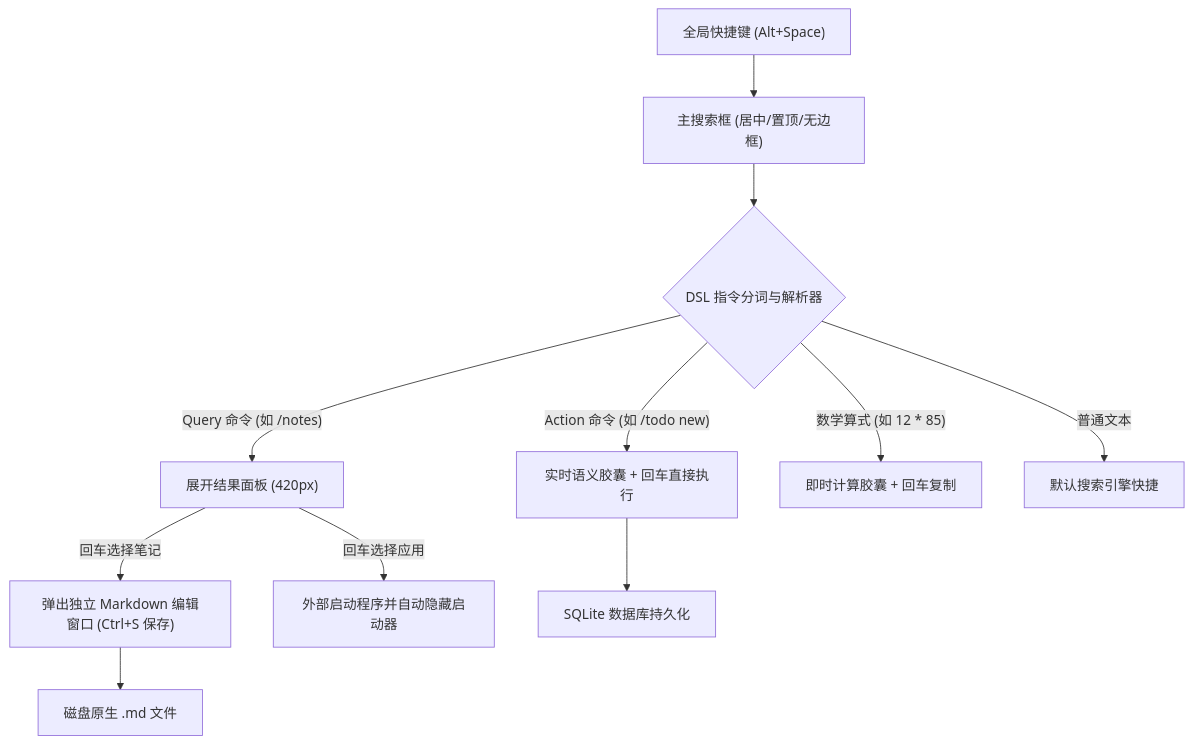
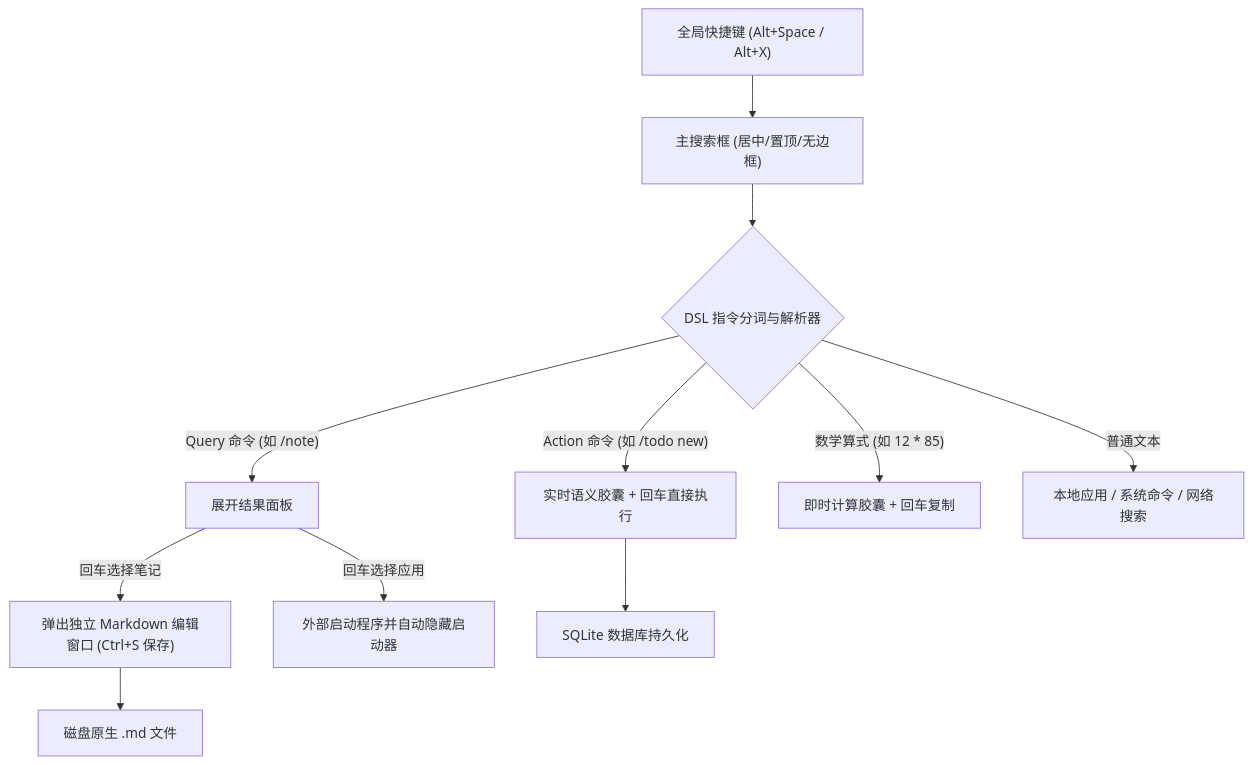
One commit to zhanxh/LiteLauncher changed the diagram in README.md. Above: the diagram before and after it, drawn with Mermaid. The commit also changed other lines of this file and 8 other files, not shown here.

````diff
--- a/README.md
+++ b/README.md
@@ -12,13 +12,13 @@
 ```mermaid
 flowchart TD
-    A["全局快捷键 (Alt+Space)"] --> B["主搜索框 (居中/置顶/无边框)"]
+    A["全局快捷键 (Alt+Space / Alt+X)"] --> B["主搜索框 (居中/置顶/无边框)"]
     B --> C{"DSL 指令分词与解析器"}
     C -->|"Action 命令 (如 /todo new)"| D["实时语义胶囊 + 回车直接执行"]
-    C -->|"Query 命令 (如 /notes)"| E["展开结果面板 (420px)"]
+    C -->|"Query 命令 (如 /note)"| E["展开结果面板"]
     C -->|"数学算式 (如 12 * 85)"| F["即时计算胶囊 + 回车复制"]
-    C -->|"普通文本"| G["默认搜索引擎快捷"]
+    C -->|"普通文本"| G["本地应用 / 系统命令 / 网络搜索"]
     E -->|"回车选择笔记"| H["弹出独立 Markdown 编辑窗口 (Ctrl+S 保存)"]
     E -->|"回车选择应用"| I["外部启动程序并自动隐藏启动器"]
     D --> J["SQLite 数据库持久化"]
     H --> K["磁盘原生 .md 文件"]
 ```
````
